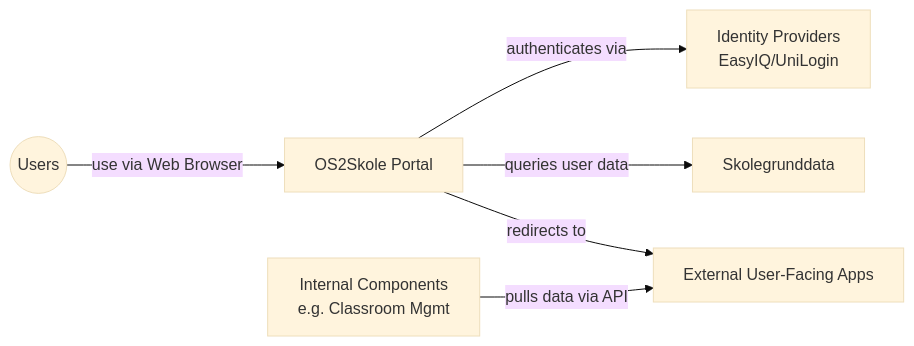
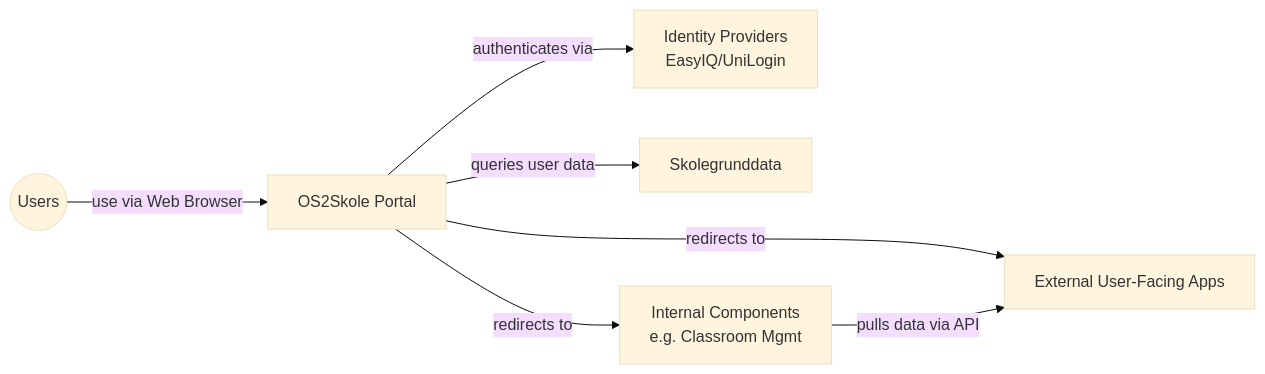
One commit to 0xf1e/os2skole-PoC changed the diagram in docs/architecture-communication-canvas.md. Above: the diagram before and after it, drawn with Mermaid (base theme).

Commit message:
docs: show portal redirect to internal components in diagram

````diff
--- a/docs/architecture-communication-canvas.md
+++ b/docs/architecture-communication-canvas.md
@@ -42,8 +42,9 @@
 ```mermaid
  graph LR
     Users((Users))-->|use via Web Browser|Portal[OS2Skole Portal]
     Portal-->|authenticates via|IdPs[Identity Providers<br/>EasyIQ/UniLogin]
     Portal-->|queries user data|SkoleData[Skolegrunddata]
     Portal-->|redirects to|ExtApps[External User-Facing Apps]
-    InternalComponents[Internal Components<br/>e.g. Classroom Mgmt]-->|pulls data via API|ExtApps
+    Portal-->|redirects to|InternalComponents[Internal Components<br/>e.g. Classroom Mgmt]
+    InternalComponents-->|pulls data via API|ExtApps
 ```
````
